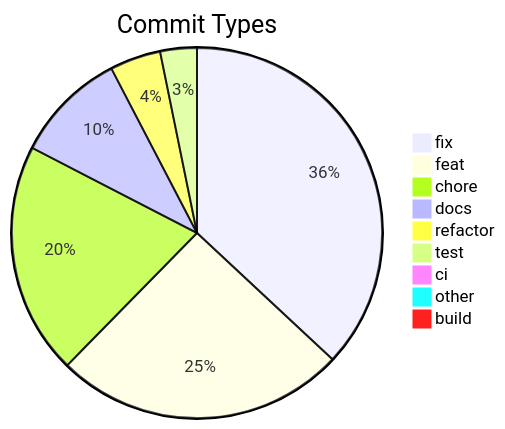
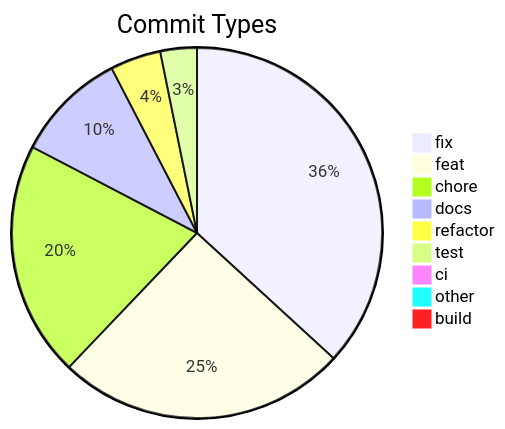
One commit to svenroth-ai/shipwright-webui changed the diagram in .shipwright/compliance/change-history.md. Above: the diagram before and after it, drawn with Mermaid. The commit also changed other lines of this file and 19 other files, not shown here.

````diff
--- a/.shipwright/compliance/change-history.md
+++ b/.shipwright/compliance/change-history.md
@@ -8,12 +8,12 @@
 ```mermaid
 pie title Commit Types
     "fix" : 208
     "feat" : 143
-    "chore" : 114
+    "chore" : 116
     "docs" : 55
     "refactor" : 25
     "test" : 18
     "ci" : 5
     "other" : 4
     "build" : 1
 ```
````
